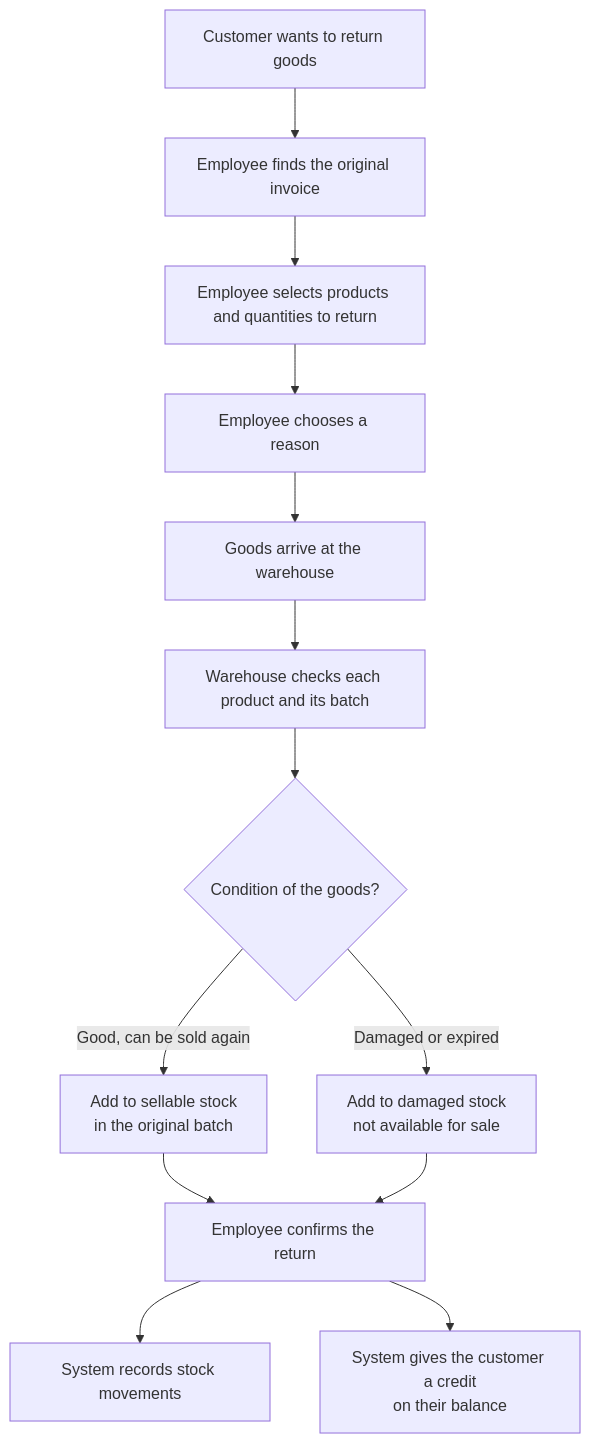
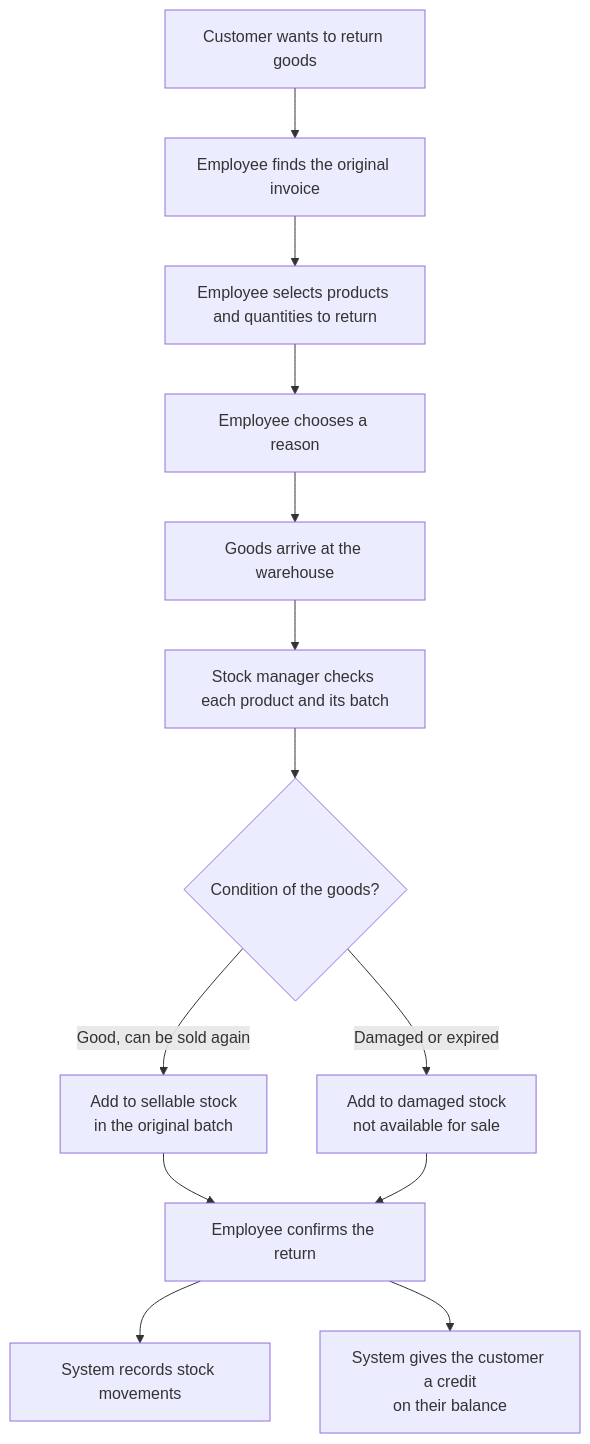
Before and after one commit to AhmedElnagarUU/Cosmo: the first of 2 diagrams in docs/workflows/06-returns.md, drawn with Mermaid. The commit also changed other lines of this file and 33 other files, not shown here.

````diff
--- a/docs/workflows/06-returns.md
+++ b/docs/workflows/06-returns.md
@@ -7,15 +7,15 @@
 ```mermaid
 flowchart TD
     A[Customer wants to return goods] --> B[Employee finds the original invoice]
     B --> C[Employee selects products and quantities to return]
     C --> D[Employee chooses a reason]
     D --> E[Goods arrive at the warehouse]
-    E --> F[Warehouse checks each product and its batch]
+    E --> F[Stock manager checks each product and its batch]
     F --> G{Condition of the goods?}
     G -- Good, can be sold again --> H[Add to sellable stock<br/>in the original batch]
     G -- Damaged or expired --> I[Add to damaged stock<br/>not available for sale]
     H --> J[Employee confirms the return]
     I --> J
     J --> K[System records stock movements]
     J --> L[System gives the customer a credit<br/>on their balance]
 ```
````
